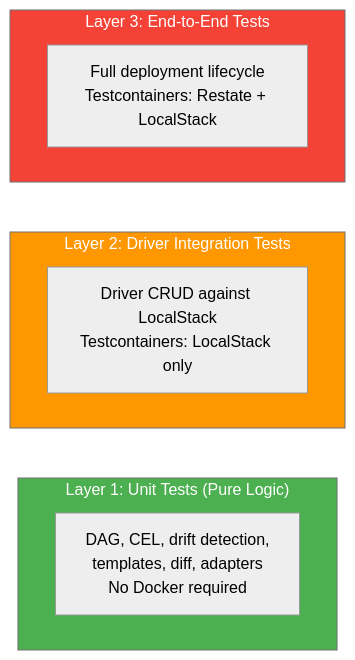
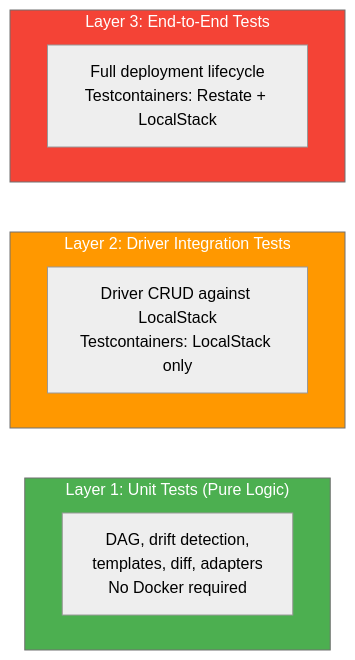
Before and after one commit to shirvan/praxis: the first of 3 diagrams in docs/DEVELOPERS.md, drawn with Mermaid (neutral theme). The commit also changed other lines of this file and 33 other files, not shown here.

````diff
--- a/docs/DEVELOPERS.md
+++ b/docs/DEVELOPERS.md
@@ -129,21 +128,21 @@
 ```mermaid
 graph TD
     subgraph L3["Layer 3: End-to-End Tests"]
         E2E["Full deployment lifecycle<br/>Testcontainers: Restate + LocalStack"]
     end
 
     subgraph L2["Layer 2: Driver Integration Tests"]
         DIT["Driver CRUD against LocalStack<br/>Testcontainers: LocalStack only"]
     end
 
     subgraph L1["Layer 1: Unit Tests (Pure Logic)"]
-        UT["DAG, CEL, drift detection,<br/>templates, diff, adapters<br/>No Docker required"]
+        UT["DAG, drift detection,<br/>templates, diff, adapters<br/>No Docker required"]
     end
 
     L3 ~~~ L2
     L2 ~~~ L1
 
     style L1 fill:#4CAF50,color:#fff
     style L2 fill:#FF9800,color:#fff
     style L3 fill:#F44336,color:#fff
 ```
````
